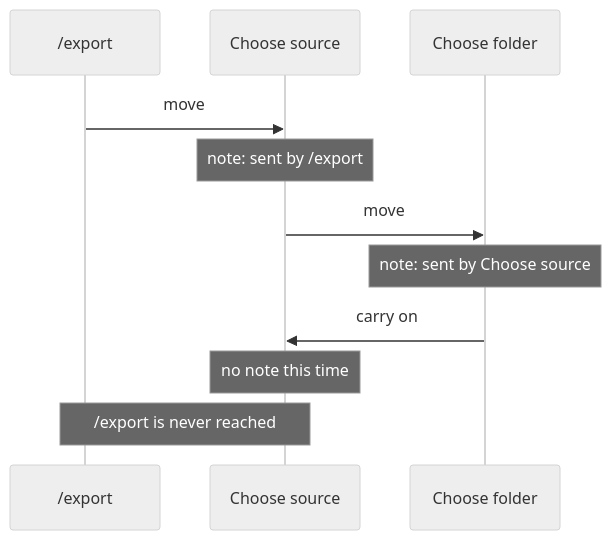
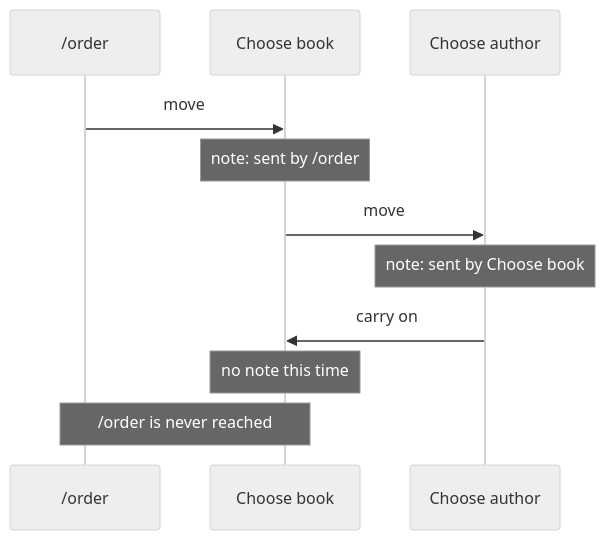
Before and after one commit to KitCli/KitCli: the first of 3 diagrams in docs/investigations/what-would-it-take-to-carry-on-after-nested-questions.md, drawn with Mermaid (neutral theme). The commit also changed other lines of this file and 1 other file, not shown here.

Commit message:
docs(workflow): use a book shop example in the return-to investigations

````diff
--- a/docs/investigations/what-would-it-take-to-carry-on-after-nested-questions.md
+++ b/docs/investigations/what-would-it-take-to-carry-on-after-nested-questions.md
@@ -32,13 +33,13 @@
 ```mermaid
 sequenceDiagram
-    participant E as /export
-    participant S as Choose source
-    participant F as Choose folder
+    participant E as /order
+    participant S as Choose book
+    participant F as Choose author
     E->>S: move
-    Note over S: note: sent by /export
+    Note over S: note: sent by /order
     S->>F: move
-    Note over F: note: sent by Choose source
+    Note over F: note: sent by Choose book
     F->>S: carry on
     Note over S: no note this time
-    Note over E,S: /export is never reached
+    Note over E,S: /order is never reached
 ```
````
